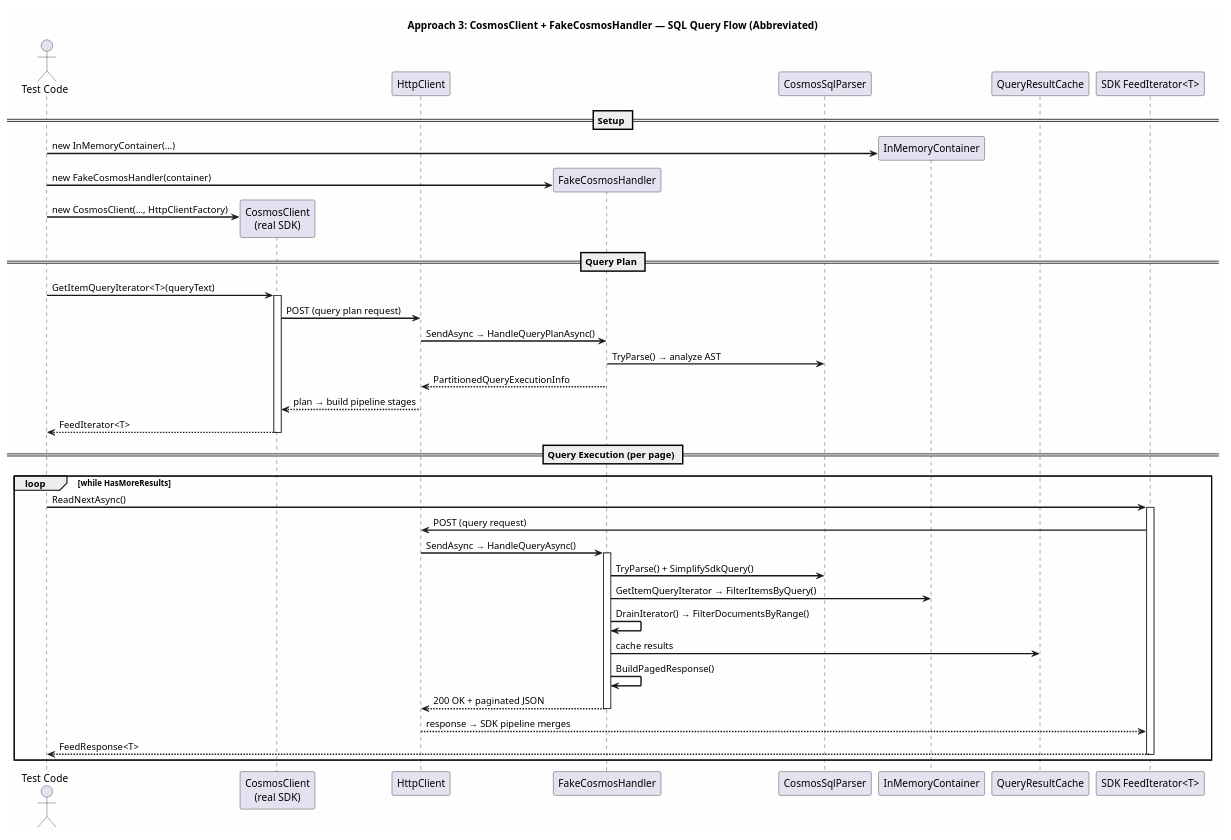
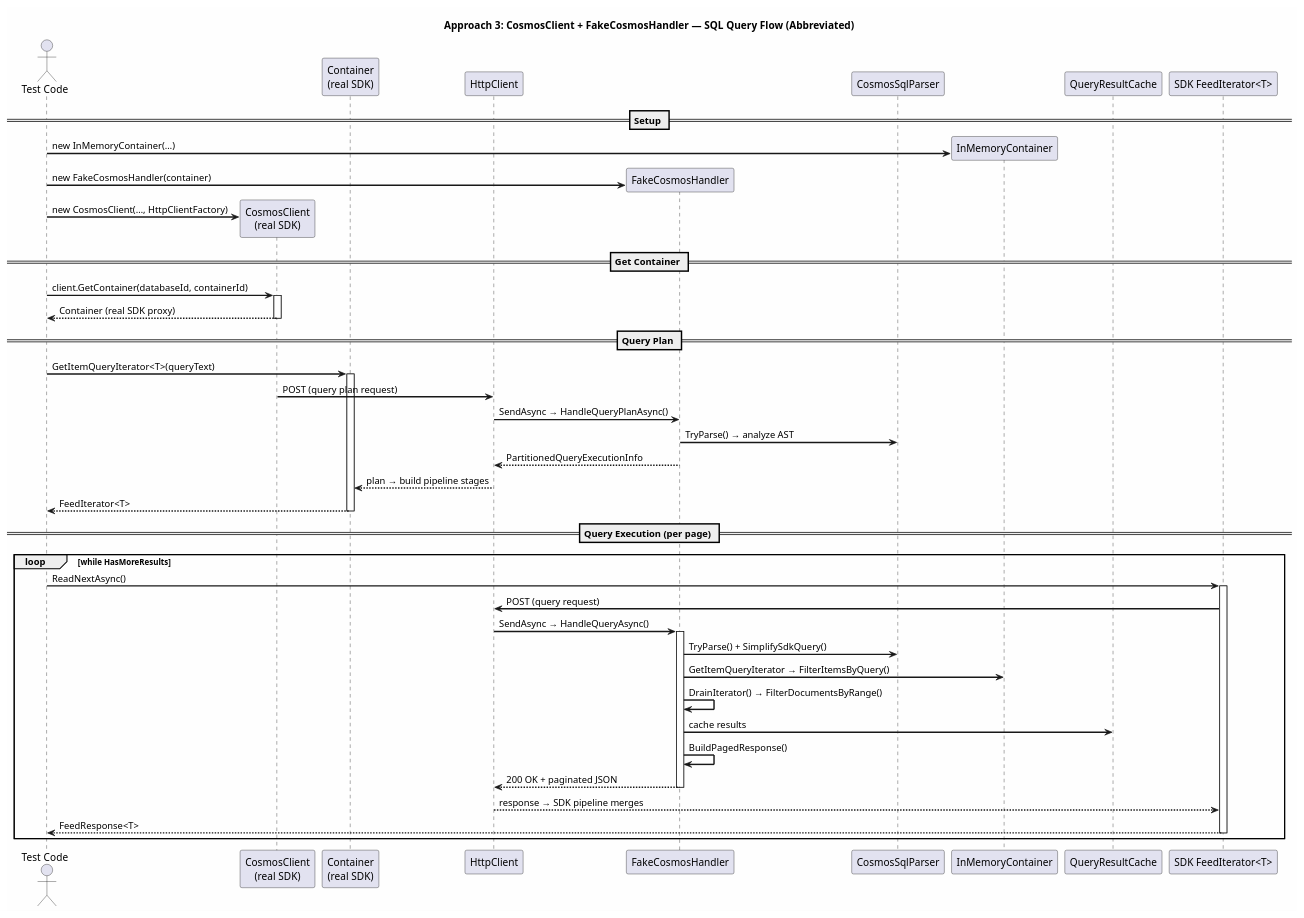
The diagram in plans/diagrams/abbreviated/approach3-sql.puml (lemonlion/CosmosDB.InMemoryEmulator), drawn with PlantUML before and after one commit. The commit also changed 23 other files, not shown here.

```diff
--- a/plans/diagrams/abbreviated/approach3-sql.puml
+++ b/plans/diagrams/abbreviated/approach3-sql.puml
@@ -1,45 +1,50 @@
 @startuml approach3-sql-abbreviated
 title **Approach 3: CosmosClient + FakeCosmosHandler — SQL Query Flow (Abbreviated)**
 
 skinparam backgroundColor #FEFEFE
 skinparam sequenceArrowThickness 2
 
 actor "Test Code" as Test
 participant "CosmosClient\n(real SDK)" as SDK
+participant "Container\n(real SDK)" as SDKContainer
 participant "HttpClient" as Http
 participant "FakeCosmosHandler" as Handler
 participant "CosmosSqlParser" as Parser
 participant "InMemoryContainer" as IMC
 participant "QueryResultCache" as Cache
 participant "SDK FeedIterator<T>" as SDKIter
 
 == Setup ==
 Test -> IMC ** : new InMemoryContainer(…)
 Test -> Handler ** : new FakeCosmosHandler(container)
 Test -> SDK ** : new CosmosClient(…, HttpClientFactory)
 
+== Get Container ==
+Test -> SDK ++ : client.GetContainer(databaseId, containerId)
+SDK --> Test -- : Container (real SDK proxy)
+
 == Query Plan ==
-Test -> SDK ++ : GetItemQueryIterator<T>(queryText)
+Test -> SDKContainer ++ : GetItemQueryIterator<T>(queryText)
 SDK -> Http : POST (query plan request)
 Http -> Handler : SendAsync → HandleQueryPlanAsync()
 Handler -> Parser : TryParse() → analyze AST
 Handler --> Http : PartitionedQueryExecutionInfo
-Http --> SDK : plan → build pipeline stages
-SDK --> Test -- : FeedIterator<T>
+Http --> SDKContainer : plan → build pipeline stages
+SDKContainer --> Test -- : FeedIterator<T>
 
 == Query Execution (per page) ==
 loop while HasMoreResults
   Test -> SDKIter ++ : ReadNextAsync()
   SDKIter -> Http : POST (query request)
   Http -> Handler ++ : SendAsync → HandleQueryAsync()
   Handler -> Parser : TryParse() + SimplifySdkQuery()
   Handler -> IMC : GetItemQueryIterator → FilterItemsByQuery()
   Handler -> Handler : DrainIterator() → FilterDocumentsByRange()
   Handler -> Cache : cache results
   Handler -> Handler : BuildPagedResponse()
   Handler --> Http -- : 200 OK + paginated JSON
   Http --> SDKIter : response → SDK pipeline merges
   SDKIter --> Test -- : FeedResponse<T>
 end
 
 @enduml
```
